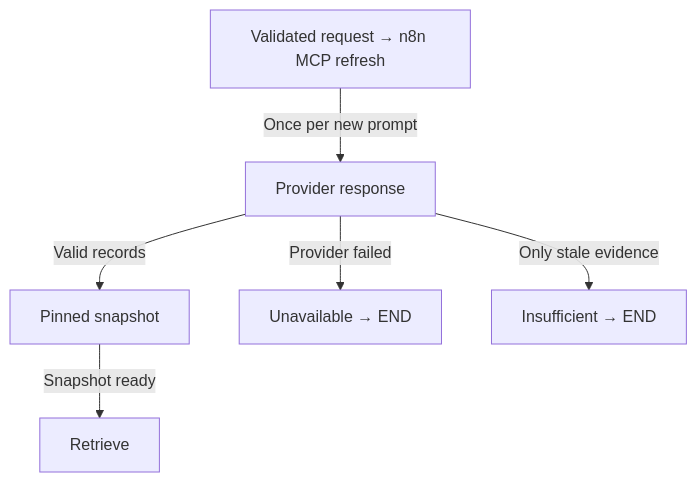
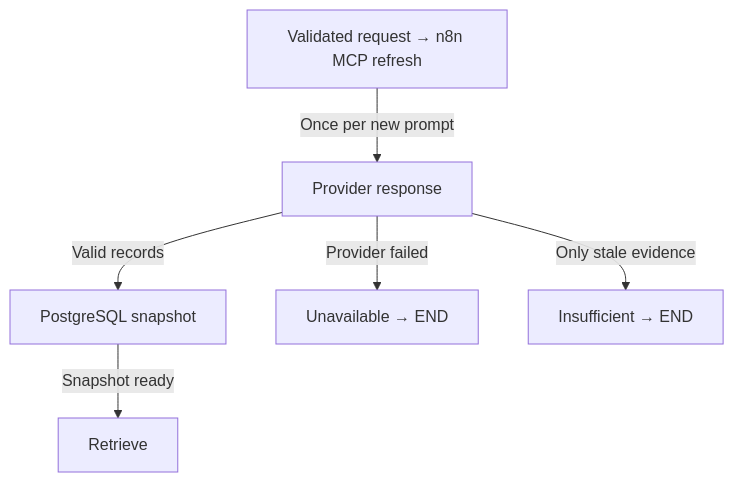
Before and after one commit to ByronHo68/ai-learning-academy: the third of 12 diagrams in docs/FINANCE_WORKFLOW_ATLAS.md, drawn with Mermaid. The commit also changed other lines of this file and 66 other files, not shown here.

Commit message:
Use PostgreSQL for the finance database and retrieval baseline

````diff
--- a/docs/FINANCE_WORKFLOW_ATLAS.md
+++ b/docs/FINANCE_WORKFLOW_ATLAS.md
@@ -220,14 +230,14 @@
 ```mermaid
 flowchart TD
   n0["Validated request → n8n MCP refresh"]
   n1["Provider response"]
-  n2["Pinned snapshot"]
+  n2["PostgreSQL snapshot"]
   n3["Unavailable → END"]
   n4["Insufficient → END"]
   n5["Retrieve"]
   n0 -- "Once per new prompt" --> n1
   n1 -- "Valid records" --> n2
   n1 -- "Provider failed" --> n3
   n1 -- "Only stale evidence" --> n4
   n2 -- "Snapshot ready" --> n5
 ```
````
